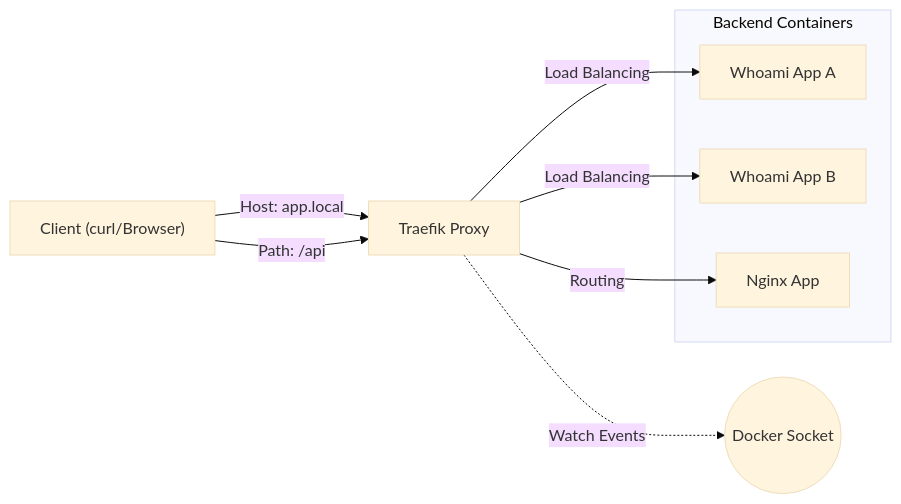
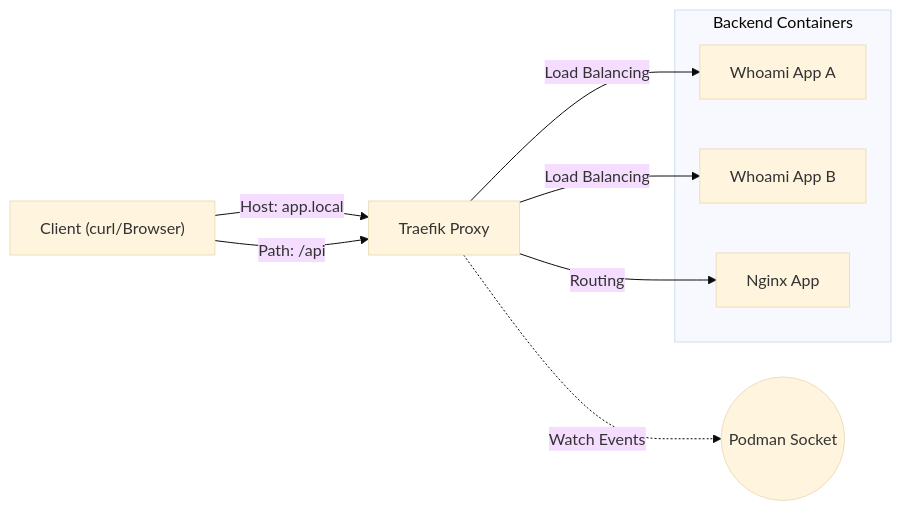
One commit to sokoide/workshop changed the diagram in infra/traefik_en.md. Above: the diagram before and after it, drawn with Mermaid (base theme). The commit also changed other lines of this file and 34 other files, not shown here.

````diff
--- a/infra/traefik_en.md
+++ b/infra/traefik_en.md
@@ -38,19 +38,19 @@
 ```mermaid
 graph LR
     Client["Client (curl/Browser)"]
     Traefik[Traefik Proxy]
 
     subgraph Backends [Backend Containers]
         App1[Whoami App A]
         App2[Whoami App B]
         App3[Nginx App]
     end
 
     Client -- "Host: app.local" --> Traefik
     Client -- "Path: /api" --> Traefik
 
     Traefik -- "Load Balancing" --> App1 & App2
     Traefik -- "Routing" --> App3
 
-    Traefik -.->|Watch Events| DockerSocket((Docker Socket))
+    Traefik -.->|Watch Events| PodmanSocket((Podman Socket))
 ```
````
